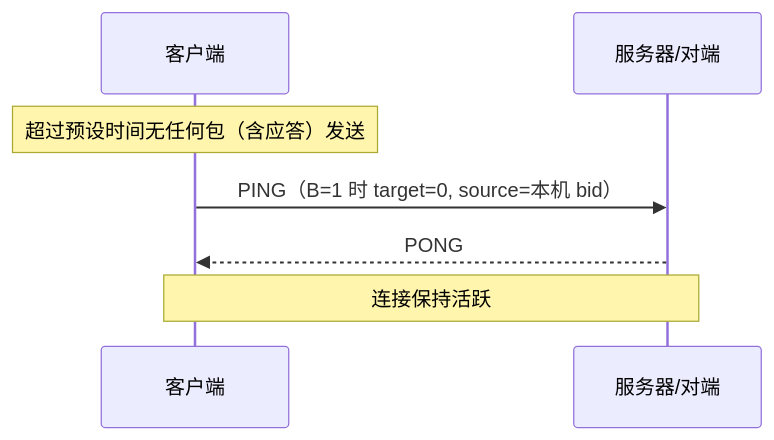
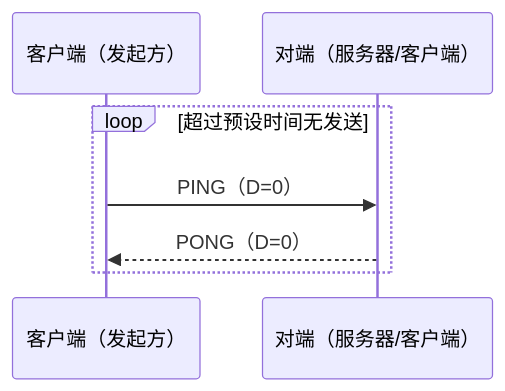
The fifth of 7 diagrams in docs/design-workflow.zh-CN.md (moky/magpie-bridge), drawn with Mermaid before and after one commit. The commit also changed other lines of this file and 5 other files, not shown here.

Commit message:
docs: regenerate from ai/ tasks with mermaid diagrams

````diff
--- a/docs/design-workflow.zh-CN.md
+++ b/docs/design-workflow.zh-CN.md
@@ -74,9 +105,9 @@
 ```mermaid
 sequenceDiagram
-    participant C as 客户端
-    participant S as 服务器/对端
-    Note over C: 超过预设时间无任何包（含应答）发送
-    C->>S: PING（B=1 时 target=0, source=本机 bid）
-    S-->>C: PONG
-    Note over C,S: 连接保持活跃
+    participant A as 客户端（发起方）
+    participant S as 对端（服务器/客户端）
+    loop 超过预设时间无发送
+        A->>S: PING（D=0）
+        S-->>A: PONG（D=0）
+    end
 ```
````
